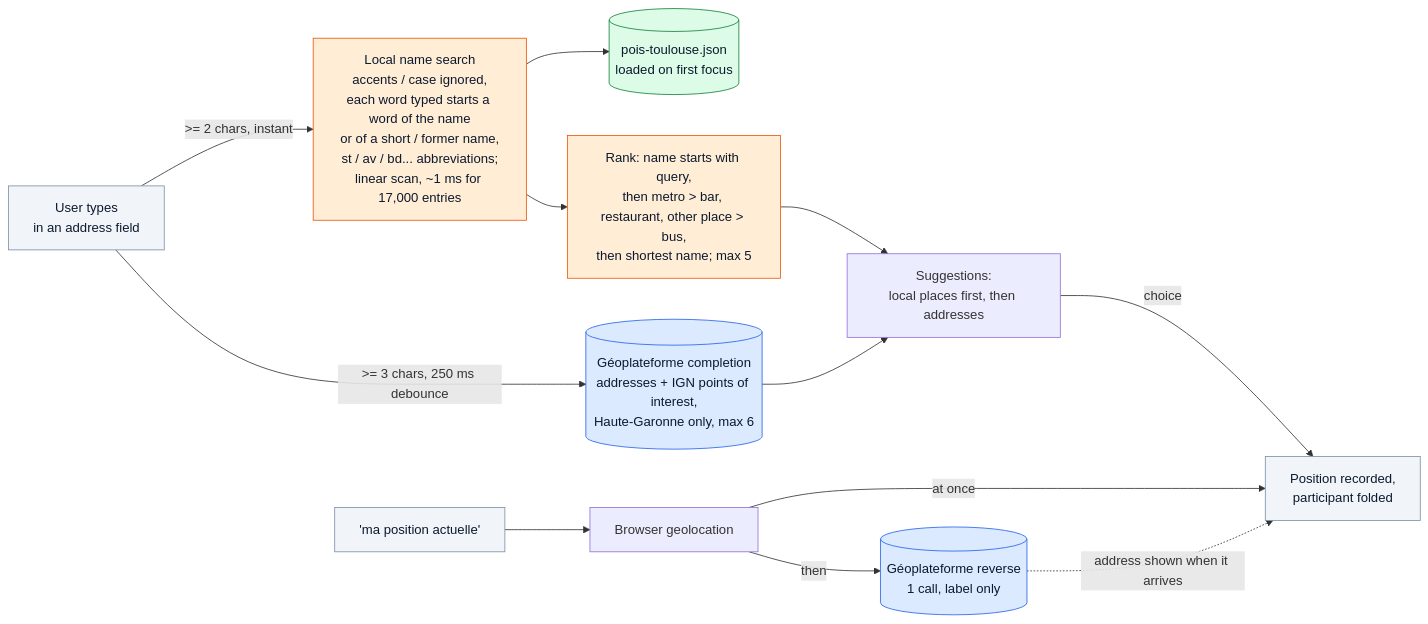
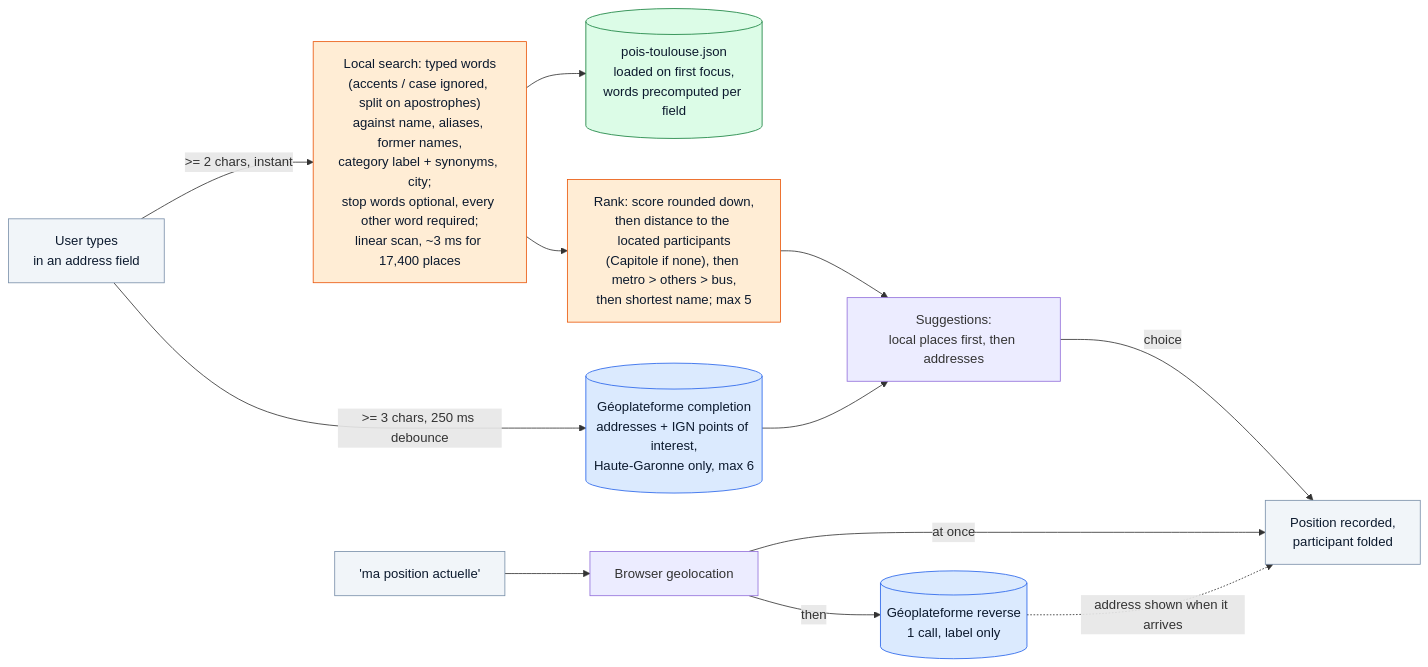
The second of 4 diagrams in docs/location-pipeline.md (NicolasGresset/portfolio), drawn with Mermaid before and after one commit. The commit also changed other lines of this file and 4 other files, not shown here.

First line of the commit message:
Merge duplicate places, normalize addresses and score the local search

````diff
--- a/docs/location-pipeline.md
+++ b/docs/location-pipeline.md
@@ -61,21 +61,21 @@
 ```mermaid
 flowchart LR
     classDef api fill:#DBEAFE,stroke:#2563EB,color:#0C1A2E
     classDef local fill:#DCFCE7,stroke:#15803D,color:#0C1A2E
     classDef algo fill:#FFEDD5,stroke:#EA580C,color:#0C1A2E
     classDef user fill:#F1F5F9,stroke:#7A90AA,color:#0C1A2E
 
     TYPE["User types<br/>in an address field"]:::user
-    TYPE -->|">= 2 chars, instant"| LOCAL["Local name search<br/>accents / case ignored,<br/>each word typed starts a word of the name<br/>or of a short / former name,<br/>st / av / bd... abbreviations;<br/>linear scan, ~1 ms for 17,000 entries"]:::algo
-    LOCAL --> JSON[("pois-toulouse.json<br/>loaded on first focus")]:::local
-    LOCAL --> RANK["Rank: name starts with query,<br/>then metro > bar, restaurant, other place > bus,<br/>then shortest name; max 5"]:::algo
+    TYPE -->|">= 2 chars, instant"| LOCAL["Local search: typed words<br/>(accents / case ignored, split on apostrophes)<br/>against name, aliases, former names,<br/>category label + synonyms, city;<br/>stop words optional, every other word required;<br/>linear scan, ~3 ms for 17,400 places"]:::algo
+    LOCAL --> JSON[("pois-toulouse.json<br/>loaded on first focus,<br/>words precomputed per field")]:::local
+    LOCAL --> RANK["Rank: score rounded down,<br/>then distance to the located participants<br/>(Capitole if none), then metro > others > bus,<br/>then shortest name; max 5"]:::algo
     TYPE -->|">= 3 chars, 250 ms debounce"| COMPLETION[("Géoplateforme completion<br/>addresses + IGN points of interest,<br/>Haute-Garonne only, max 6")]:::api
     RANK --> LIST["Suggestions:<br/>local places first, then addresses"]
     COMPLETION --> LIST
     LIST -->|"choice"| POS["Position recorded,<br/>participant folded"]:::user
 
     GEO["'ma position actuelle'"]:::user --> BROWSERGEO["Browser geolocation"]
     BROWSERGEO -->|"at once"| POS
     BROWSERGEO -->|"then"| REVERSE[("Géoplateforme reverse<br/>1 call, label only")]:::api
     REVERSE -.->|"address shown when it arrives"| POS
 ```
````
